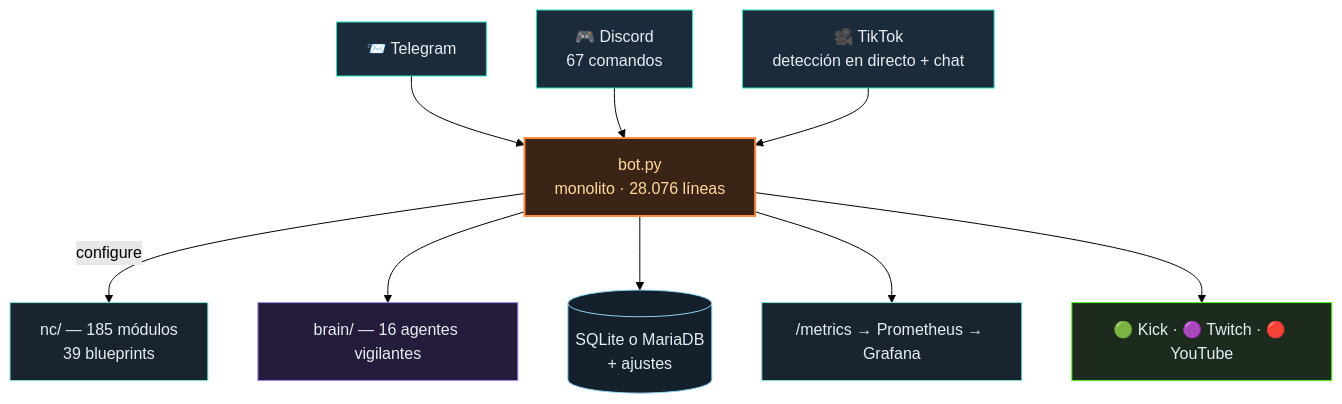
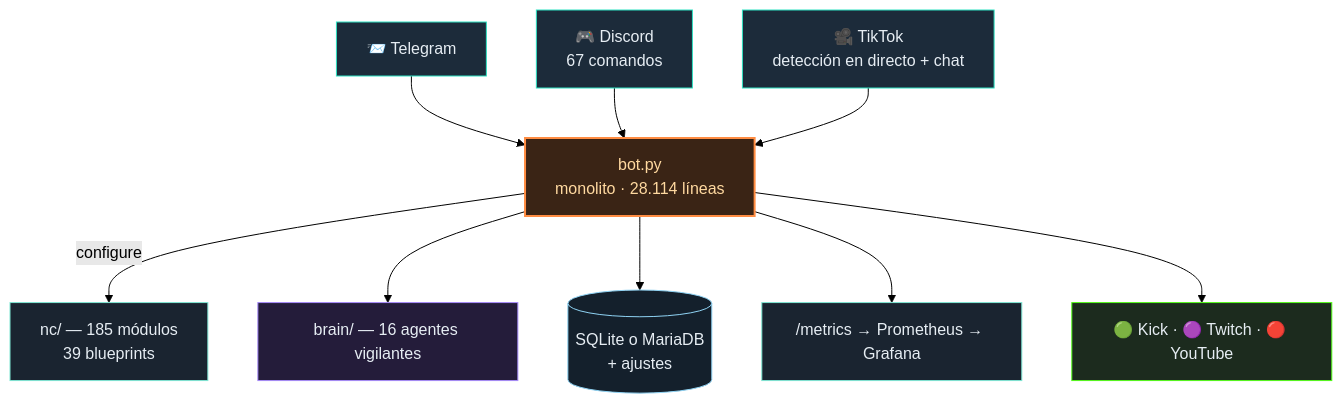
Before and after one commit to itsamemedev/Telegram-Stream-Info-Bot: the diagram in README.es.md, drawn with Mermaid (forest theme). The commit also changed 11 other files, not shown here.

````diff
--- a/README.es.md
+++ b/README.es.md
@@ -64,18 +64,18 @@
 ```mermaid
 flowchart TB
     TG["📨 Telegram"]:::ein --> BOT
     DC["🎮 Discord<br/>67 comandos"]:::ein --> BOT
     TT["🎥 TikTok<br/>detección en directo + chat"]:::ein --> BOT
-    BOT["bot.py<br/>monolito · 28.076 líneas"]:::core
+    BOT["bot.py<br/>monolito · 28.114 líneas"]:::core
     BOT -->|configure| NC["nc/ — 185 módulos<br/>39 blueprints"]:::lib
     BOT --> BRAIN["brain/ — 16 agentes vigilantes"]:::brain
     BOT --> DB[("SQLite o MariaDB<br/>+ ajustes")]:::db
     BOT --> PROM["/metrics → Prometheus → Grafana"]:::lib
     BOT --> OUT["🟢 Kick · 🟣 Twitch · 🔴 YouTube"]:::out
     classDef ein fill:#1c2b3a,stroke:#2de1c2,color:#e6edf3
     classDef core fill:#3a2415,stroke:#ff8c42,stroke-width:2px,color:#ffd9a0
     classDef lib fill:#1a2430,stroke:#7fe7d4,color:#e6edf3
     classDef brain fill:#241c3a,stroke:#a78bfa,color:#e6edf3
     classDef db fill:#14202c,stroke:#8fd3f4,color:#e6edf3
     classDef out fill:#1c2b1e,stroke:#53fc18,color:#e6edf3
 ```
````
